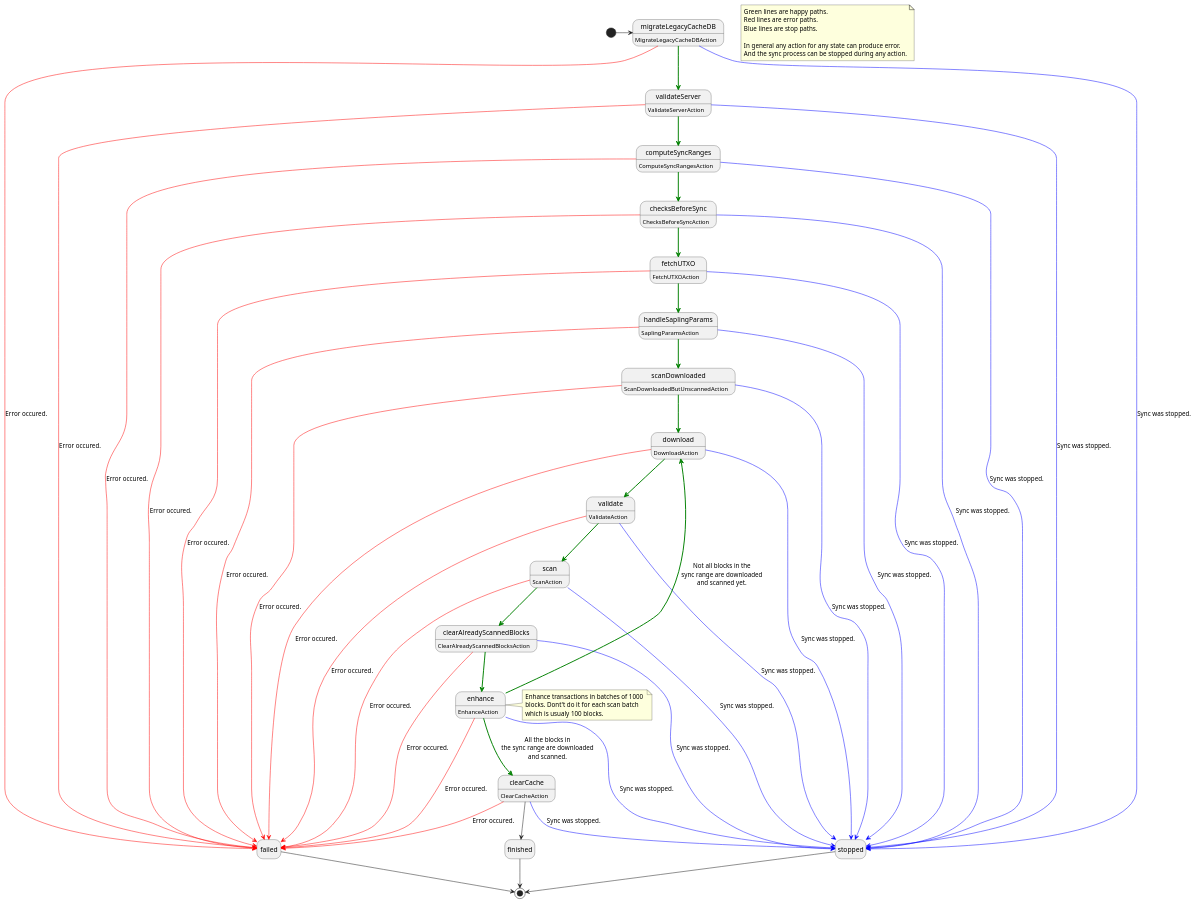
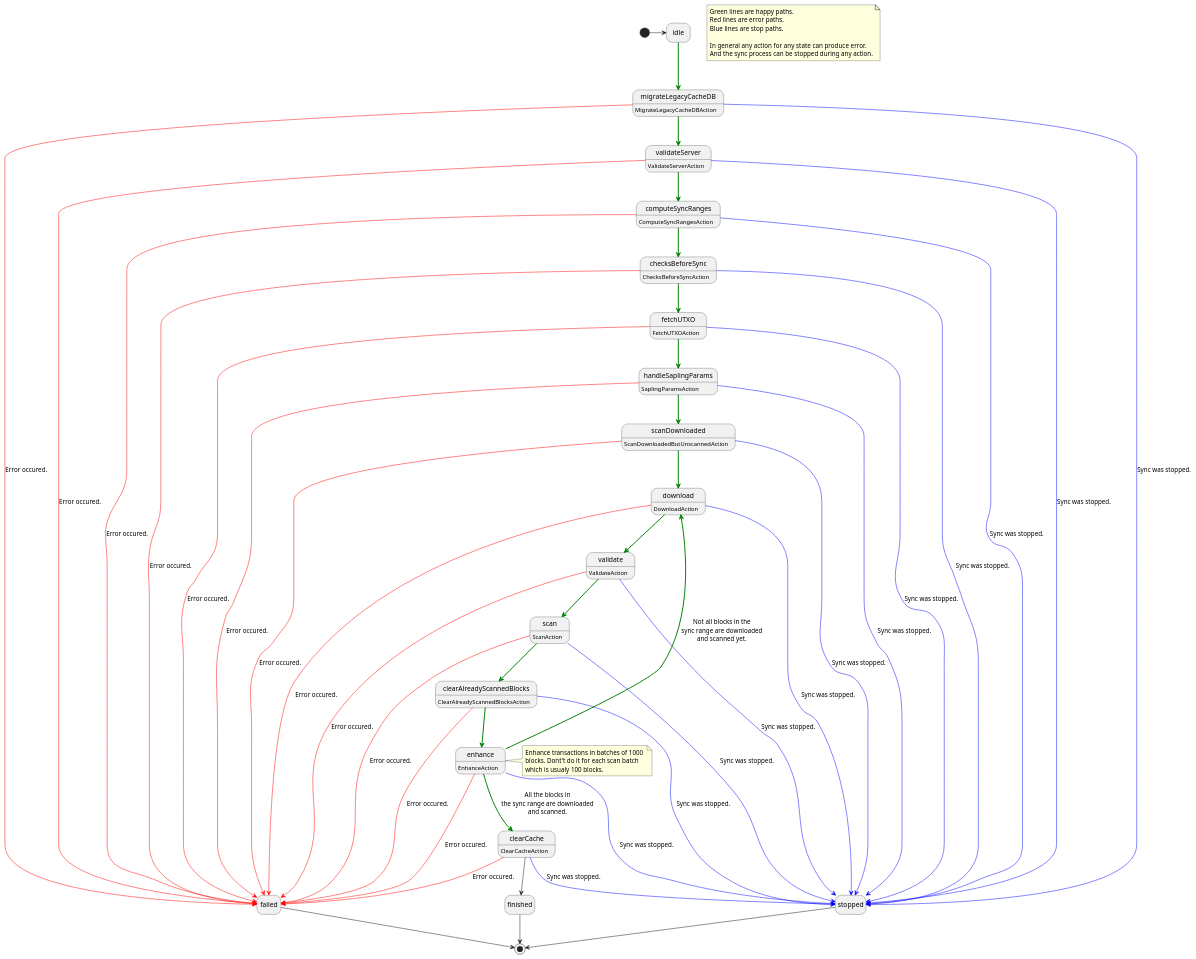
Before and after one commit to Electric-Coin-Company/zcash-swift-wallet-sdk: the diagram in docs/cbp_state_machine.puml, drawn with PlantUML. The commit also changed 6 other files, not shown here.

```diff
--- a/docs/cbp_state_machine.puml
+++ b/docs/cbp_state_machine.puml
@@ -1,93 +1,94 @@
 @startuml
 hide empty description
 
 note as Lines
     Green lines are happy paths. 
     Red lines are error paths.
     Blue lines are stop paths.
 
     In general any action for any state can produce error.
     And the sync process can be stopped during any action.
 end note
 
 
-[*] -> migrateLegacyCacheDB
+[*] -> idle
 
+idle -[#green,bold]-> migrateLegacyCacheDB
 
 migrateLegacyCacheDB : MigrateLegacyCacheDBAction
 migrateLegacyCacheDB -[#green,bold]-> validateServer
 migrateLegacyCacheDB -[#red]-> failed : Error occured.
 migrateLegacyCacheDB -[#blue]-> stopped : Sync was stopped.
 
 validateServer : ValidateServerAction
 validateServer -[#green,bold]-> computeSyncRanges
 validateServer -[#red]-> failed : Error occured.
 validateServer -[#blue]-> stopped : Sync was stopped.
 
 computeSyncRanges : ComputeSyncRangesAction
 computeSyncRanges -[#green,bold]-> checksBeforeSync
 computeSyncRanges -[#red]-> failed : Error occured.
 computeSyncRanges -[#blue]-> stopped : Sync was stopped.
 
 checksBeforeSync : ChecksBeforeSyncAction
 checksBeforeSync -[#green,bold]-> fetchUTXO
 checksBeforeSync -[#red]-> failed : Error occured.
 checksBeforeSync -[#blue]-> stopped : Sync was stopped.
 
 fetchUTXO : FetchUTXOAction
 fetchUTXO -[#green,bold]-> handleSaplingParams
 fetchUTXO -[#red]-> failed : Error occured.
 fetchUTXO -[#blue]-> stopped : Sync was stopped.
 
 handleSaplingParams : SaplingParamsAction
 handleSaplingParams -[#green,bold]-> scanDownloaded
 handleSaplingParams -[#red]-> failed : Error occured.
 handleSaplingParams -[#blue]-> stopped : Sync was stopped.
 
 scanDownloaded : ScanDownloadedButUnscannedAction
 scanDownloaded -[#green,bold]-> download
 scanDownloaded -[#red]-> failed : Error occured.
 scanDownloaded -[#blue]-> stopped : Sync was stopped.
 
 download : DownloadAction
 download -[#green,bold]-> validate
 download -[#red]-> failed : Error occured.
 download -[#blue]-> stopped : Sync was stopped.
 
 validate : ValidateAction
 validate -[#green,bold]-> scan
 validate -[#red]-> failed : Error occured.
 validate -[#blue]-> stopped : Sync was stopped.
 
 scan : ScanAction
 scan -[#green,bold]-> clearAlreadyScannedBlocks
 scan -[#red]-> failed : Error occured.
 scan -[#blue]-> stopped : Sync was stopped.
 
 clearAlreadyScannedBlocks : ClearAlreadyScannedBlocksAction
 clearAlreadyScannedBlocks -[#green,bold]-> enhance
 clearAlreadyScannedBlocks -[#red]-> failed : Error occured.
 clearAlreadyScannedBlocks -[#blue]-> stopped : Sync was stopped.
 
 enhance : EnhanceAction
 enhance -[#green,bold]-> download : Not all blocks in the\nsync range are downloaded\nand scanned yet.
 enhance -[#green,bold]-> clearCache : All the blocks in\nthe sync range are downloaded\nand scanned.
 enhance -[#red]-> failed : Error occured.
 enhance -[#blue]-> stopped : Sync was stopped.
 
 note right of enhance
     Enhance transactions in batches of 1000 
     blocks. Dont't do it for each scan batch 
     which is usualy 100 blocks.
 end note
 
 clearCache : ClearCacheAction
 clearCache --> finished
 clearCache -[#red]-> failed : Error occured.
 clearCache -[#blue]-> stopped : Sync was stopped.
 
 finished --> [*]
 failed --> [*]
 stopped --> [*]
 
 @enduml
```
